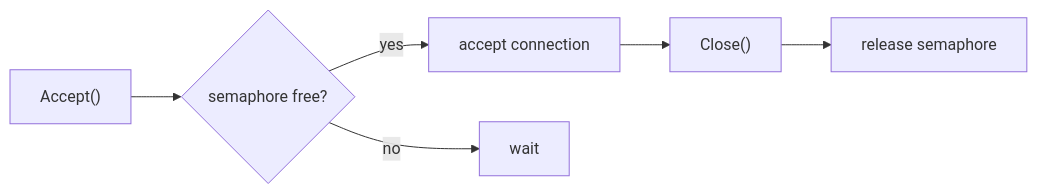
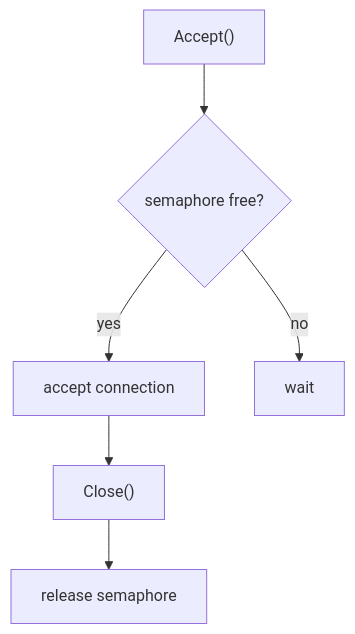
Before and after one commit to voluminor/ratatoskr: the second of 3 diagrams in mod/socks/README.md, drawn with Mermaid. The commit also changed other lines of this file and 273 other files, not shown here.

````diff
--- a/mod/socks/README.md
+++ b/mod/socks/README.md
@@ -100,8 +145,8 @@
 ```mermaid
-flowchart LR
+flowchart TD
     Accept["Accept()"] --> Sem{"semaphore free?"}
     Sem -->|" yes "| Conn["accept connection"]
     Sem -->|" no "| Block["wait"]
     Conn --> Close["Close()"]
     Close --> Release["release semaphore"]
 ```
````
